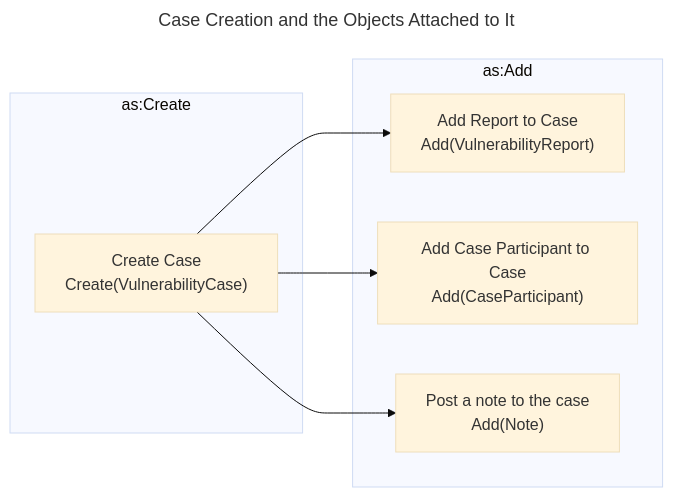
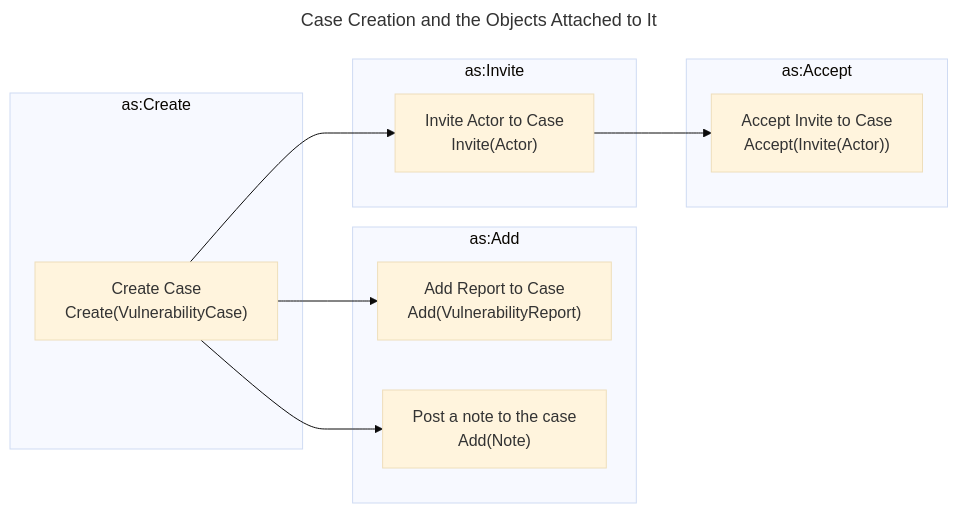
One commit to CERTCC/Vultron changed the diagram in docs/howto/activitypub/activities/initialize_case.md. Above: the diagram before and after it, drawn with Mermaid (base theme). The commit also changed other lines of this file and 51 other files, not shown here.

````diff
--- a/docs/howto/activitypub/activities/initialize_case.md
+++ b/docs/howto/activitypub/activities/initialize_case.md
@@ -29,17 +30,23 @@
 ```mermaid
 ---
 title: Case Creation and the Objects Attached to It
 ---
 flowchart LR
     subgraph as:Create
         CreateCase["Create Case<br/>Create(VulnerabilityCase)"]
     end
     subgraph as:Add
         AddReportToCase["Add Report to Case<br/>Add(VulnerabilityReport)"]
-        AddParticipantToCase["Add Case Participant to Case<br/>Add(CaseParticipant)"]
         AddNoteToCase["Post a note to the case<br/>Add(Note)"]
     end
+    subgraph as:Invite
+        RmInviteToCase["Invite Actor to Case<br/>Invite(Actor)"]
+    end
+    subgraph as:Accept
+        RmAcceptInviteToCase["Accept Invite to Case<br/>Accept(Invite(Actor))"]
+    end
     CreateCase --> AddReportToCase
-    CreateCase --> AddParticipantToCase
+    CreateCase --> RmInviteToCase
+    RmInviteToCase --> RmAcceptInviteToCase
     CreateCase --> AddNoteToCase
 ```
````
